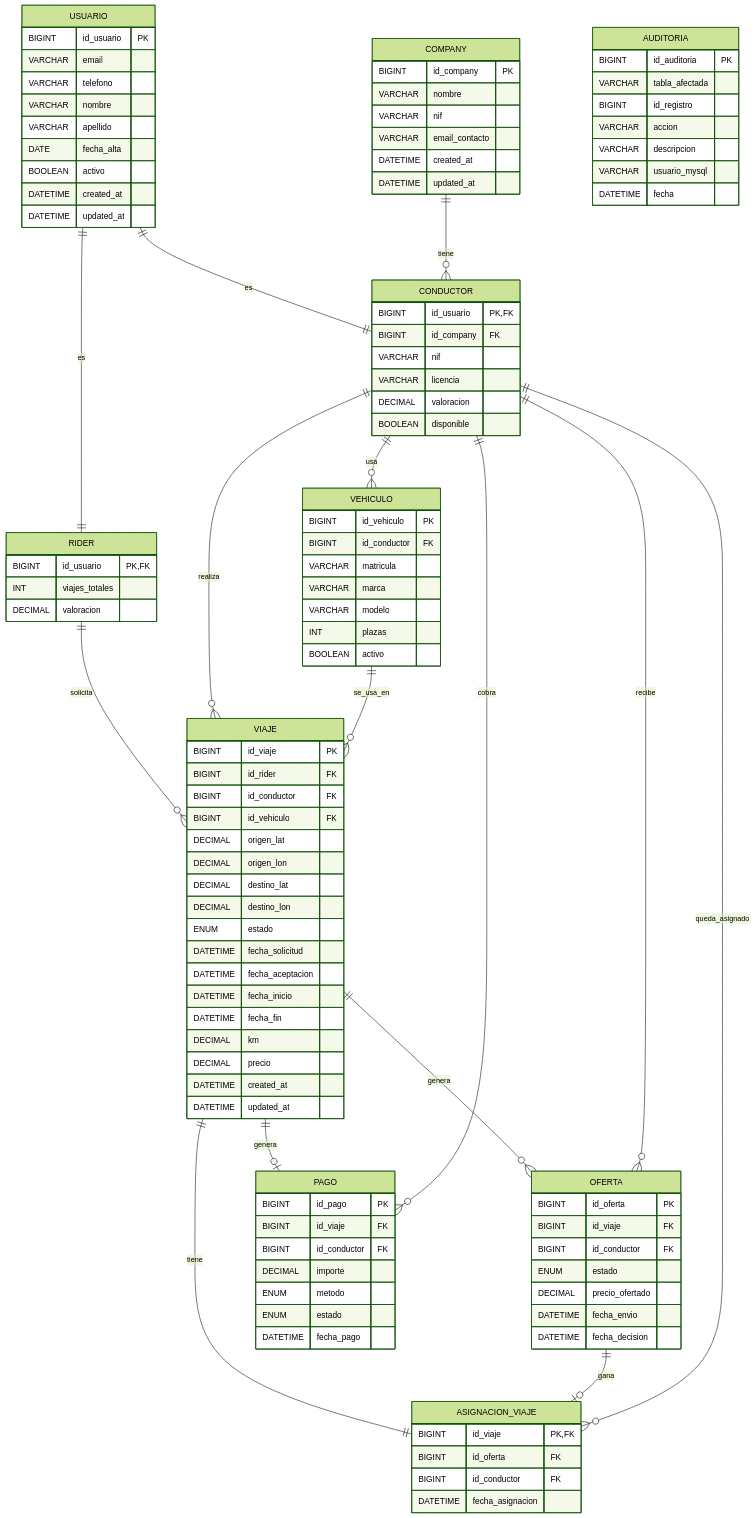
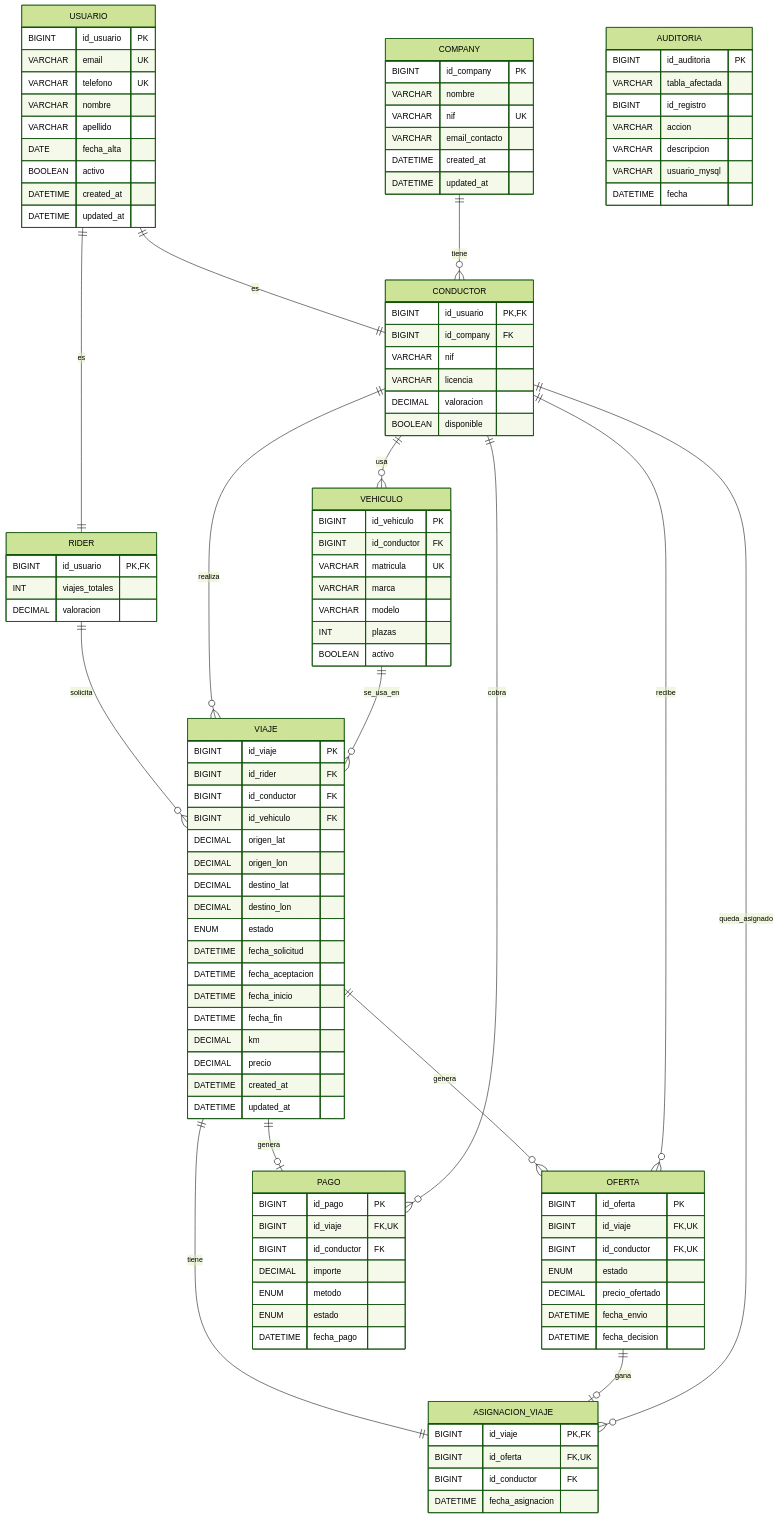
One commit to marcos-alonso-garcia/Ride-Hailing-bbdd changed the diagram in DESIGN.md. Above: the diagram before and after it, drawn with Mermaid (forest theme).

Commit message:
fix: ligeras correciones (UK) del MER en DESIGN.md

```diff
--- a/DESIGN.md
+++ b/DESIGN.md
@@ -4,7 +4,7 @@
     COMPANY {
         BIGINT id_company PK
         VARCHAR nombre
-        VARCHAR nif
+        VARCHAR nif UK
         VARCHAR email_contacto
         DATETIME created_at
         DATETIME updated_at
@@ -12,8 +12,8 @@
 
     USUARIO {
         BIGINT id_usuario PK
-        VARCHAR email
-        VARCHAR telefono
+        VARCHAR email UK
+        VARCHAR telefono UK
         VARCHAR nombre
         VARCHAR apellido
         DATE fecha_alta
@@ -40,7 +40,7 @@
     VEHICULO {
         BIGINT id_vehiculo PK
         BIGINT id_conductor FK
-        VARCHAR matricula
+        VARCHAR matricula UK
         VARCHAR marca
         VARCHAR modelo
         INT plazas
@@ -69,8 +69,8 @@
 
     OFERTA {
         BIGINT id_oferta PK
-        BIGINT id_viaje FK
-        BIGINT id_conductor FK
+        BIGINT id_viaje FK, UK
+        BIGINT id_conductor FK, UK
         ENUM estado
         DECIMAL precio_ofertado
         DATETIME fecha_envio
@@ -79,14 +79,14 @@
 
     ASIGNACION_VIAJE {
         BIGINT id_viaje PK, FK
-        BIGINT id_oferta FK
+        BIGINT id_oferta FK, UK
         BIGINT id_conductor FK
         DATETIME fecha_asignacion
     }
 
     PAGO {
         BIGINT id_pago PK
-        BIGINT id_viaje FK
+        BIGINT id_viaje FK, UK
         BIGINT id_conductor FK
         DECIMAL importe
         ENUM metodo
```
